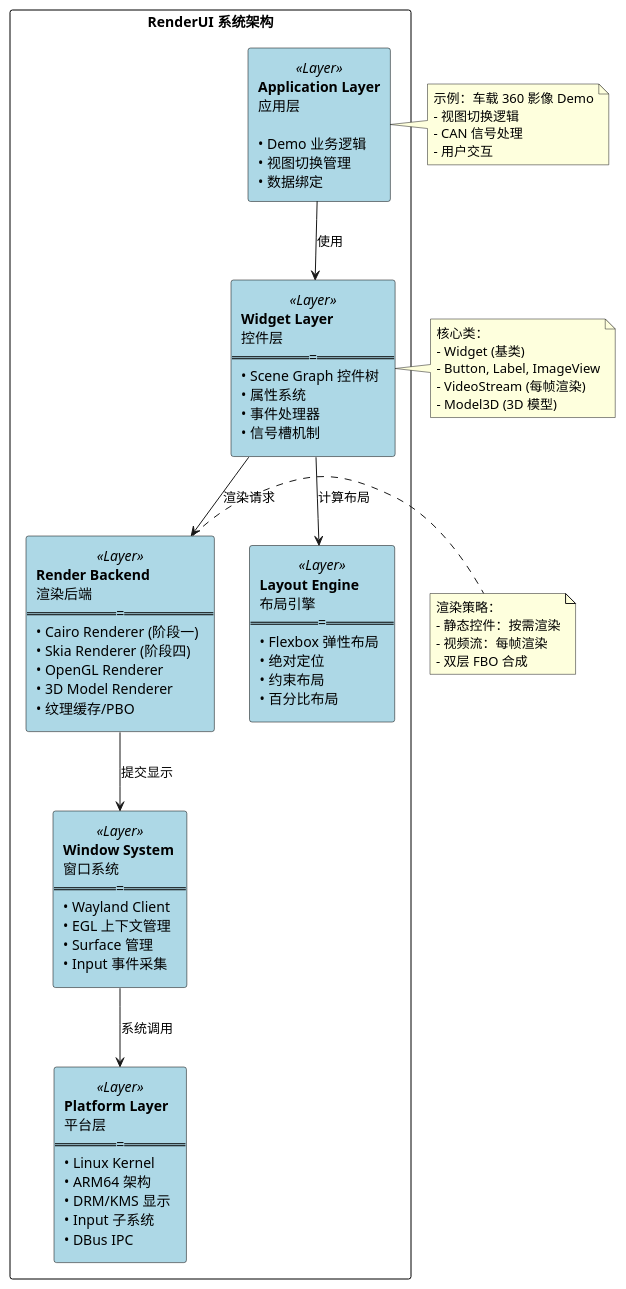
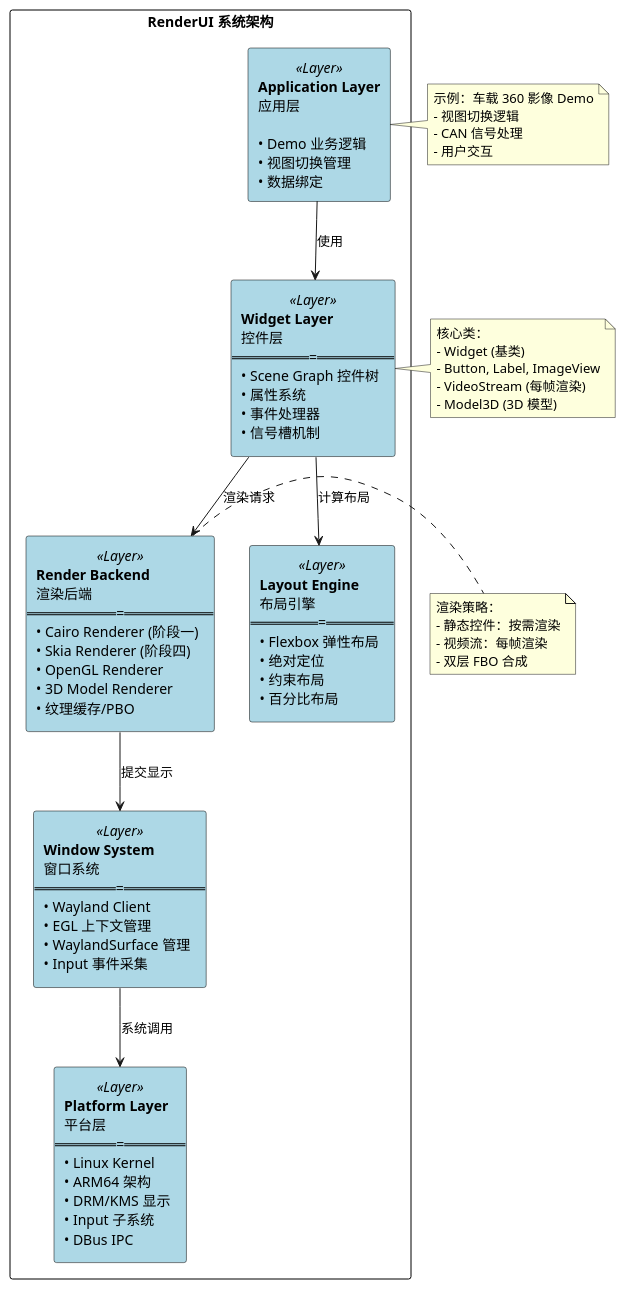
Before and after one commit to zhengzubing/RenderUI: the diagram in docs/diagrams/architecture_layers.plantuml, drawn with PlantUML. The commit also changed 37 other files, not shown here.

```diff
--- a/docs/diagrams/architecture_layers.plantuml
+++ b/docs/diagrams/architecture_layers.plantuml
@@ -1,52 +1,52 @@
 @startuml RenderUI 系统架构分层
 skinparam backgroundColor #FFFFFF
 skinparam componentStyle uml2
 skinparam rectangle {
   BackgroundColor<<Layer>> LightBlue
   BorderColor Black
 }
 
 rectangle "RenderUI 系统架构" {
   
   rectangle "<b>Application Layer</b>\n应用层\n===== \n• Demo 业务逻辑\n• 视图切换管理\n• 数据绑定" as App <<Layer>>
   
   rectangle "<b>Widget Layer</b>\n控件层\n=====\n• Scene Graph 控件树\n• 属性系统\n• 事件处理器\n• 信号槽机制" as Widget <<Layer>>
   
   rectangle "<b>Layout Engine</b>\n布局引擎\n=====\n• Flexbox 弹性布局\n• 绝对定位\n• 约束布局\n• 百分比布局" as Layout <<Layer>>
   
   rectangle "<b>Render Backend</b>\n渲染后端\n=====\n• Cairo Renderer (阶段一)\n• Skia Renderer (阶段四)\n• OpenGL Renderer\n• 3D Model Renderer\n• 纹理缓存/PBO" as Render <<Layer>>
   
-  rectangle "<b>Window System</b>\n窗口系统\n=====\n• Wayland Client\n• EGL 上下文管理\n• Surface 管理\n• Input 事件采集" as Window <<Layer>>
+  rectangle "<b>Window System</b>\n窗口系统\n=====\n• Wayland Client\n• EGL 上下文管理\n• WaylandSurface 管理\n• Input 事件采集" as Window <<Layer>>
   
   rectangle "<b>Platform Layer</b>\n平台层\n=====\n• Linux Kernel\n• ARM64 架构\n• DRM/KMS 显示\n• Input 子系统\n• DBus IPC" as Platform <<Layer>>
 }
 
 App -down-> Widget : 使用
 Widget -down-> Layout : 计算布局
 Widget -down-> Render : 渲染请求
 Render -down-> Window : 提交显示
 Window -down-> Platform : 系统调用
 
 note right of App
   示例：车载 360 影像 Demo
   - 视图切换逻辑
   - CAN 信号处理
   - 用户交互
 end note
 
 note right of Widget
   核心类：
   - Widget (基类)
   - Button, Label, ImageView
   - VideoStream (每帧渲染)
   - Model3D (3D 模型)
 end note
 
 note right of Render
   渲染策略：
   - 静态控件：按需渲染
   - 视频流：每帧渲染
   - 双层 FBO 合成
 end note
 
 @enduml
```
